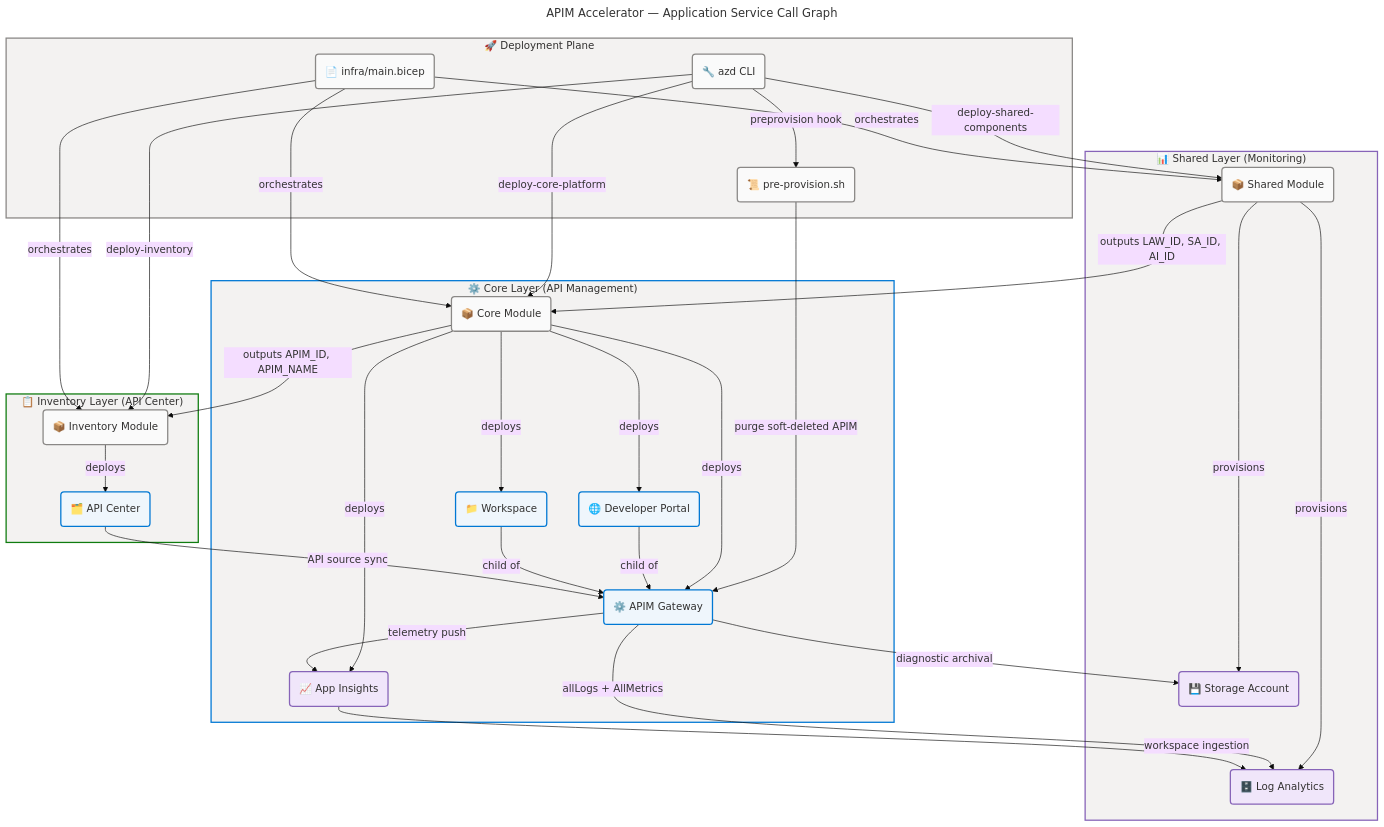
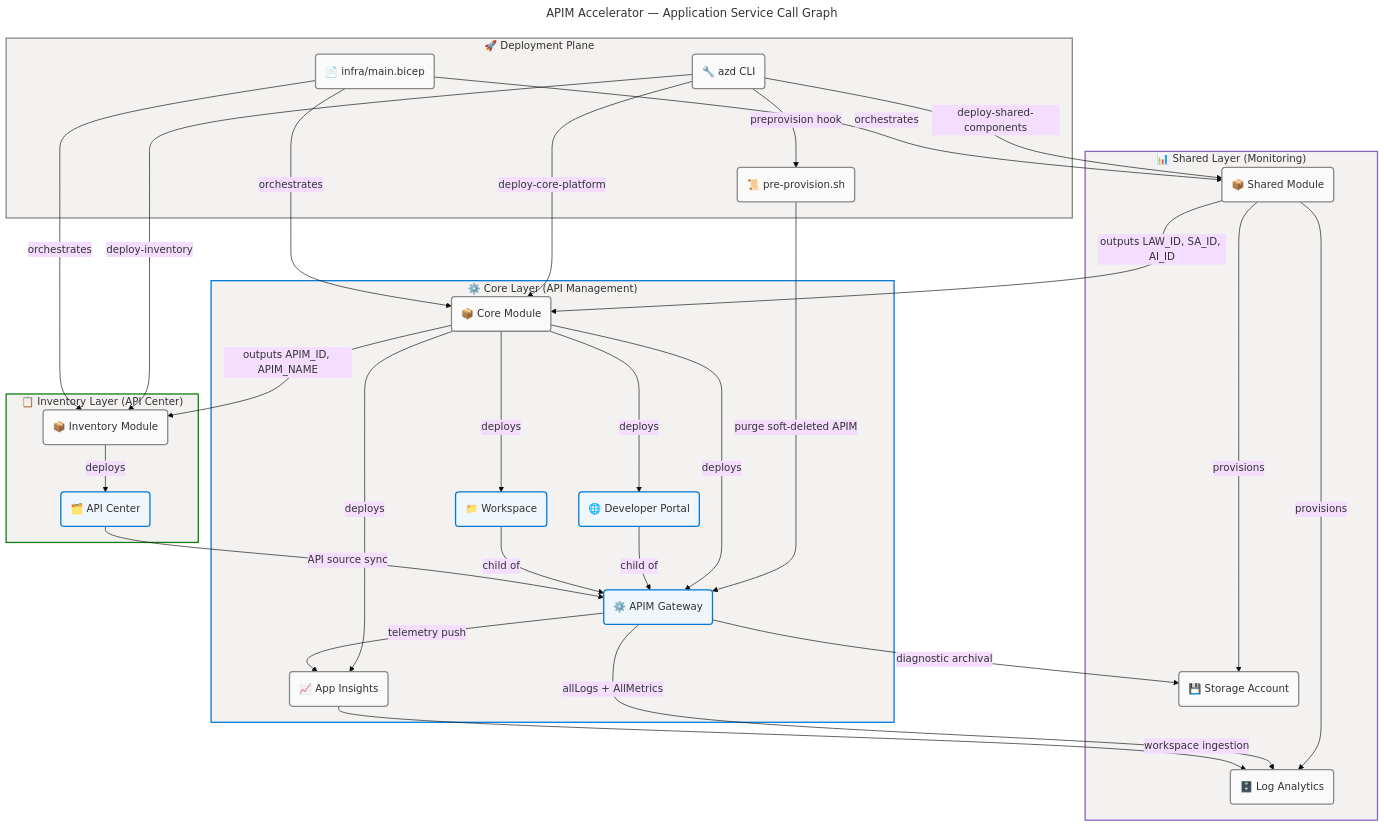
The seventh of 8 diagrams in docs/architecture/application-architecture.md (Evilazaro/APIM-Accelerator), drawn with Mermaid before and after one commit. The commit also changed other lines of this file and 3 other files, not shown here.

```diff
--- a/docs/architecture/application-architecture.md
+++ b/docs/architecture/application-architecture.md
@@ -1236,14 +1232,14 @@
 
     subgraph SHARED_LAYER["📊 Shared Layer (Monitoring)"]
         SHAREDMOD("📦 Shared Module"):::neutral
-        LAW("🗄️ Log Analytics"):::data
-        SA("💾 Storage Account"):::data
+        LAW("🗄️ Log Analytics"):::neutral
+        SA("💾 Storage Account"):::neutral
     end
 
     subgraph CORE_LAYER["⚙️ Core Layer (API Management)"]
         COREMOD("📦 Core Module"):::neutral
         APIM("⚙️ APIM Gateway"):::core
-        APPINS("📈 App Insights"):::data
+        APPINS("📈 App Insights"):::neutral
         PORTAL("🌐 Developer Portal"):::core
         WS("📁 Workspace"):::core
     end
@@ -1280,7 +1276,6 @@
 
     classDef neutral fill:#FAFAFA,stroke:#8A8886,stroke-width:2px,color:#323130
     classDef core fill:#EFF6FC,stroke:#0078D4,stroke-width:2px,color:#323130
-    classDef data fill:#F0E6FA,stroke:#8764B8,stroke-width:2px,color:#323130
 
     style DEPLOY fill:#F3F2F1,stroke:#8A8886,stroke-width:2px,color:#323130
     style SHARED_LAYER fill:#F3F2F1,stroke:#8764B8,stroke-width:2px,color:#323130
```
